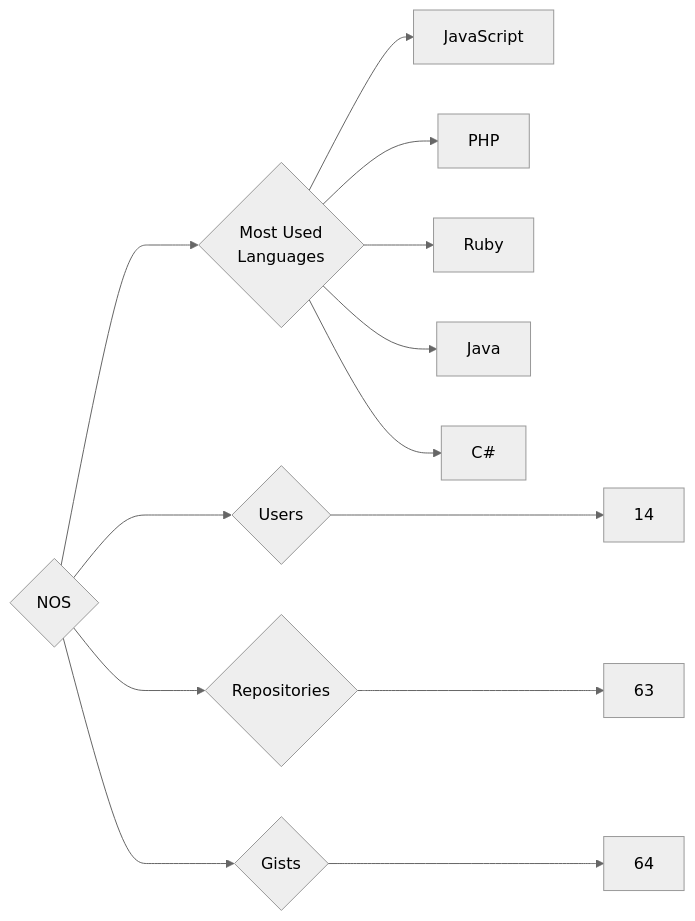
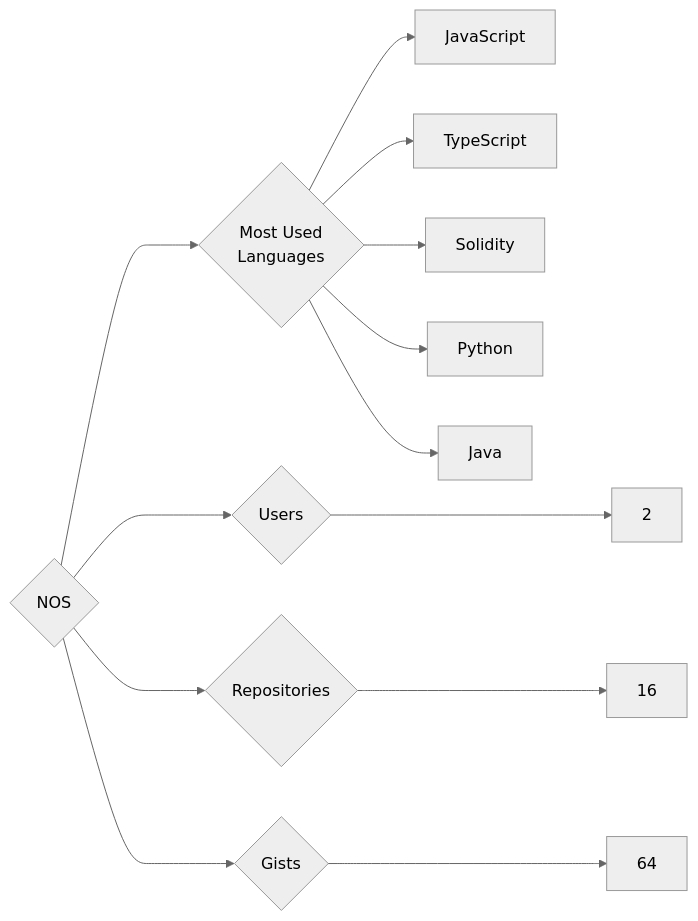
The diagram in targets/NOS/README.md (trickest/insiders), drawn with Mermaid (neutral theme) before and after one commit. The commit also changed 835 other files, not shown here.

````diff
--- a/targets/NOS/README.md
+++ b/targets/NOS/README.md
@@ -3,13 +3,13 @@
 ```mermaid
 graph LR
 COMPANY_NAME{NOS}
-COMPANY_NAME ---> U{Users} ---> UN[14]
-COMPANY_NAME ---> R{Repositories} ---> RN[63]
+COMPANY_NAME ---> U{Users} ---> UN[2]
+COMPANY_NAME ---> R{Repositories} ---> RN[16]
 COMPANY_NAME ---> G{Gists} ---> GN[64]
 COMPANY_NAME ---> ML{Most Used<br>Languages}
 ML --> JavaScript[JavaScript]
-ML --> PHP[PHP]
-ML --> Ruby[Ruby]
+ML --> TypeScript[TypeScript]
+ML --> Solidity[Solidity]
+ML --> Python[Python]
 ML --> Java[Java]
-ML --> C#[C#]
 ```
````
